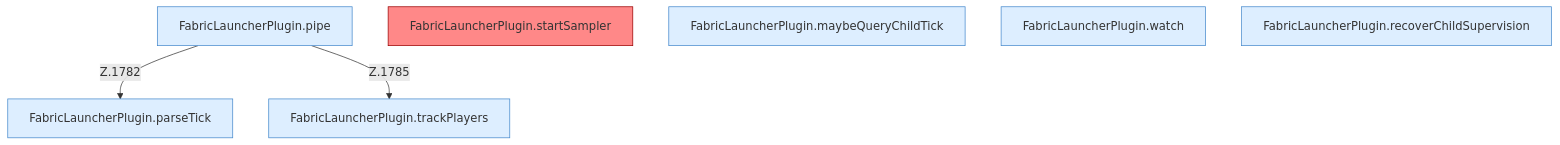
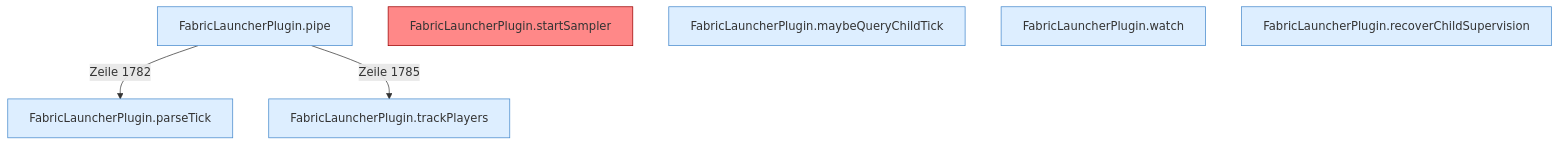
Before and after one commit to PrinceDiamant/minecraft-serverhoster-plugin: the diagram in Pipe-Watch.md, drawn with Mermaid. The commit also changed other lines of this file and 2005 other files, not shown here.

````diff
--- a/Pipe-Watch.md
+++ b/Pipe-Watch.md
@@ -5,15 +5,15 @@
 ```mermaid
 flowchart TD
   n1["FabricLauncherPlugin.pipe"]:::internal-link
   n2["FabricLauncherPlugin.startSampler"]:::internal-link
   n3["FabricLauncherPlugin.maybeQueryChildTick"]:::internal-link
   n4["FabricLauncherPlugin.parseTick"]:::internal-link
   n5["FabricLauncherPlugin.trackPlayers"]:::internal-link
   n6["FabricLauncherPlugin.watch"]:::internal-link
   n7["FabricLauncherPlugin.recoverChildSupervision"]:::internal-link
-  n1 -->|"Z.1782"| n4
-  n1 -->|"Z.1785"| n5
+  n1 -->|"Zeile 1782"| n4
+  n1 -->|"Zeile 1785"| n5
   classDef internal-link fill:#ddeeff,stroke:#4488cc
   classDef befund fill:#f88
   style n2 fill:#f88,stroke:#900
 ```
````
